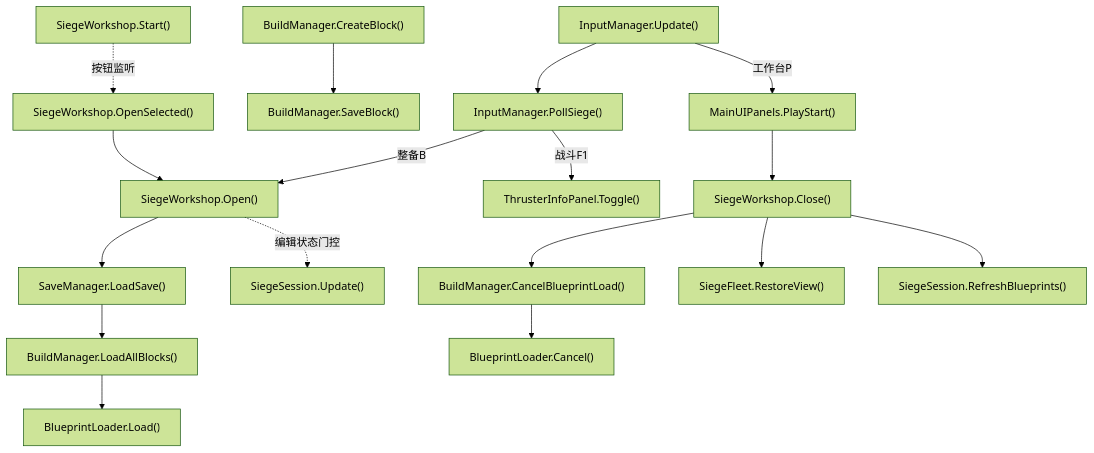
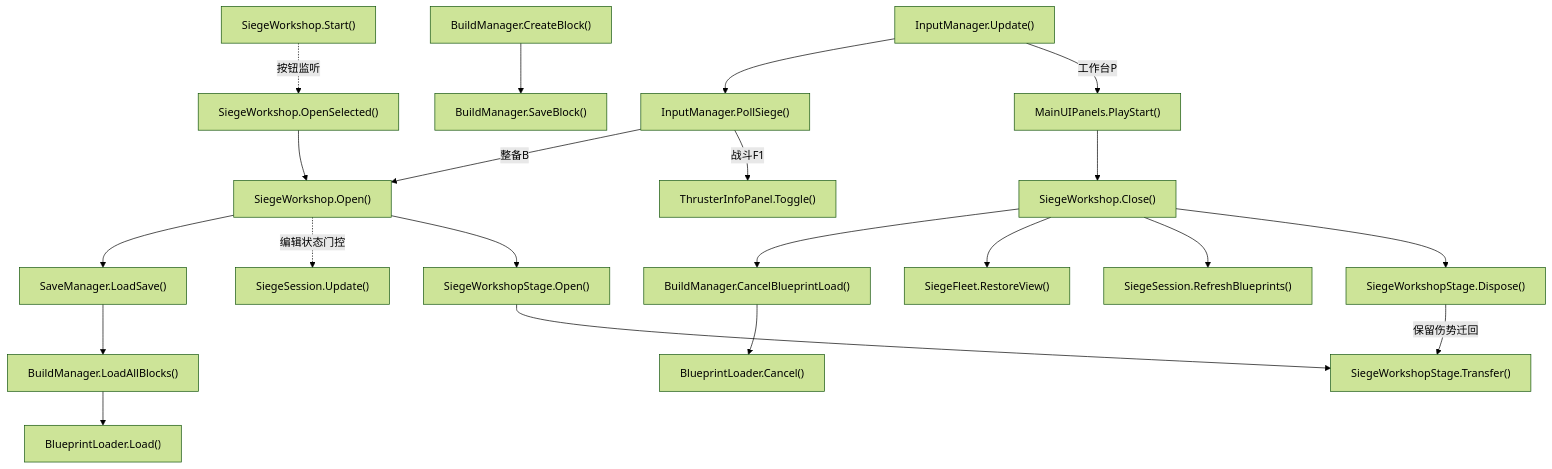
One commit to kukudia/HY-Sandbox changed diagram 36 of 43 in Docs/RuntimeFlow.md. Above: the diagram before and after it, drawn with Mermaid (forest theme). The commit also changed other lines of this file and 49 other files, not shown here.

````diff
--- a/Docs/RuntimeFlow.md
+++ b/Docs/RuntimeFlow.md
@@ -3345,55 +3400,65 @@
 ```mermaid
 flowchart TD
     A["InputManager.Update()"]
     click A "../Assets/Scripts/Features/Player/InputManager.cs#L40" "打开源码"
     B["InputManager.PollSiege()"]
     click B "../Assets/Scripts/Features/Player/InputManager.cs#L179" "打开源码"
     C["SiegeWorkshop.Open()"]
-    click C "../Assets/Scripts/Features/Siege/SiegeWorkshop.cs#L49" "打开源码"
+    click C "../Assets/Scripts/Features/Siege/SiegeWorkshop.cs#L47" "打开源码"
     D["SaveManager.LoadSave()"]
     click D "../Assets/Scripts/Features/Building/SaveManager.cs#L256" "打开源码"
     E["BuildManager.LoadAllBlocks()"]
     click E "../Assets/Scripts/Features/Building/BuildManager.cs#L563" "打开源码"
     F["BlueprintLoader.Load()"]
     click F "../Assets/Scripts/Features/Building/BlueprintLoading/BlueprintLoader.cs#L43" "打开源码"
     G["BuildManager.CreateBlock()"]
     click G "../Assets/Scripts/Features/Building/BuildManager.cs#L473" "打开源码"
     H["BuildManager.SaveBlock()"]
     click H "../Assets/Scripts/Features/Building/BuildManager.cs#L537" "打开源码"
     I["MainUIPanels.PlayStart()"]
     click I "../Assets/Scripts/Features/Presentation/MainUIPanels.cs#L230" "打开源码"
     J["SiegeWorkshop.Close()"]
-    click J "../Assets/Scripts/Features/Siege/SiegeWorkshop.cs#L103" "打开源码"
+    click J "../Assets/Scripts/Features/Siege/SiegeWorkshop.cs#L88" "打开源码"
     K["BuildManager.CancelBlueprintLoad()"]
     click K "../Assets/Scripts/Features/Building/BuildManager.cs#L752" "打开源码"
     L["BlueprintLoader.Cancel()"]
     click L "../Assets/Scripts/Features/Building/BlueprintLoading/BlueprintLoader.cs#L94" "打开源码"
     M["SiegeFleet.RestoreView()"]
-    click M "../Assets/Scripts/Features/Siege/SiegeFleet.cs#L344" "打开源码"
+    click M "../Assets/Scripts/Features/Siege/SiegeFleet.cs#L340" "打开源码"
     N["SiegeSession.RefreshBlueprints()"]
     click N "../Assets/Scripts/Features/Siege/SiegeSession.cs#L112" "打开源码"
     O["SiegeSession.Update()"]
-    click O "../Assets/Scripts/Features/Siege/SiegeSession.cs#L299" "打开源码"
+    click O "../Assets/Scripts/Features/Siege/SiegeSession.cs#L344" "打开源码"
     P["ThrusterInfoPanel.Toggle()"]
     click P "../Assets/Scripts/Features/Flight/ThrusterInfoPanel.cs#L62" "打开源码"
     Q["SiegeWorkshop.Start()"]
-    click Q "../Assets/Scripts/Features/Siege/SiegeWorkshop.cs#L30" "打开源码"
+    click Q "../Assets/Scripts/Features/Siege/SiegeWorkshop.cs#L28" "打开源码"
     R["SiegeWorkshop.OpenSelected()"]
-    click R "../Assets/Scripts/Features/Siege/SiegeWorkshop.cs#L44" "打开源码"
+    click R "../Assets/Scripts/Features/Siege/SiegeWorkshop.cs#L42" "打开源码"
+    S["SiegeWorkshopStage.Open()"]
+    click S "../Assets/Scripts/Features/Siege/SiegeWorkshopStage.cs#L21" "打开源码"
+    T["SiegeWorkshopStage.Dispose()"]
+    click T "../Assets/Scripts/Features/Siege/SiegeWorkshopStage.cs#L108" "打开源码"
+    U["SiegeWorkshopStage.Transfer()"]
+    click U "../Assets/Scripts/Features/Siege/SiegeWorkshopStage.cs#L84" "打开源码"
     A --> B
     B -->|整备B| C
     Q -.->|按钮监听| R
     R --> C
     C --> D
     D --> E
     E --> F
     G --> H
     A -->|工作台P| I
     I --> J
     J --> K
     K --> L
     J --> M
     J --> N
     C -.->|编辑状态门控| O
     B -->|战斗F1| P
+    C --> S
+    S --> U
+    J --> T
+    T -->|保留伤势迁回| U
 ```
````
